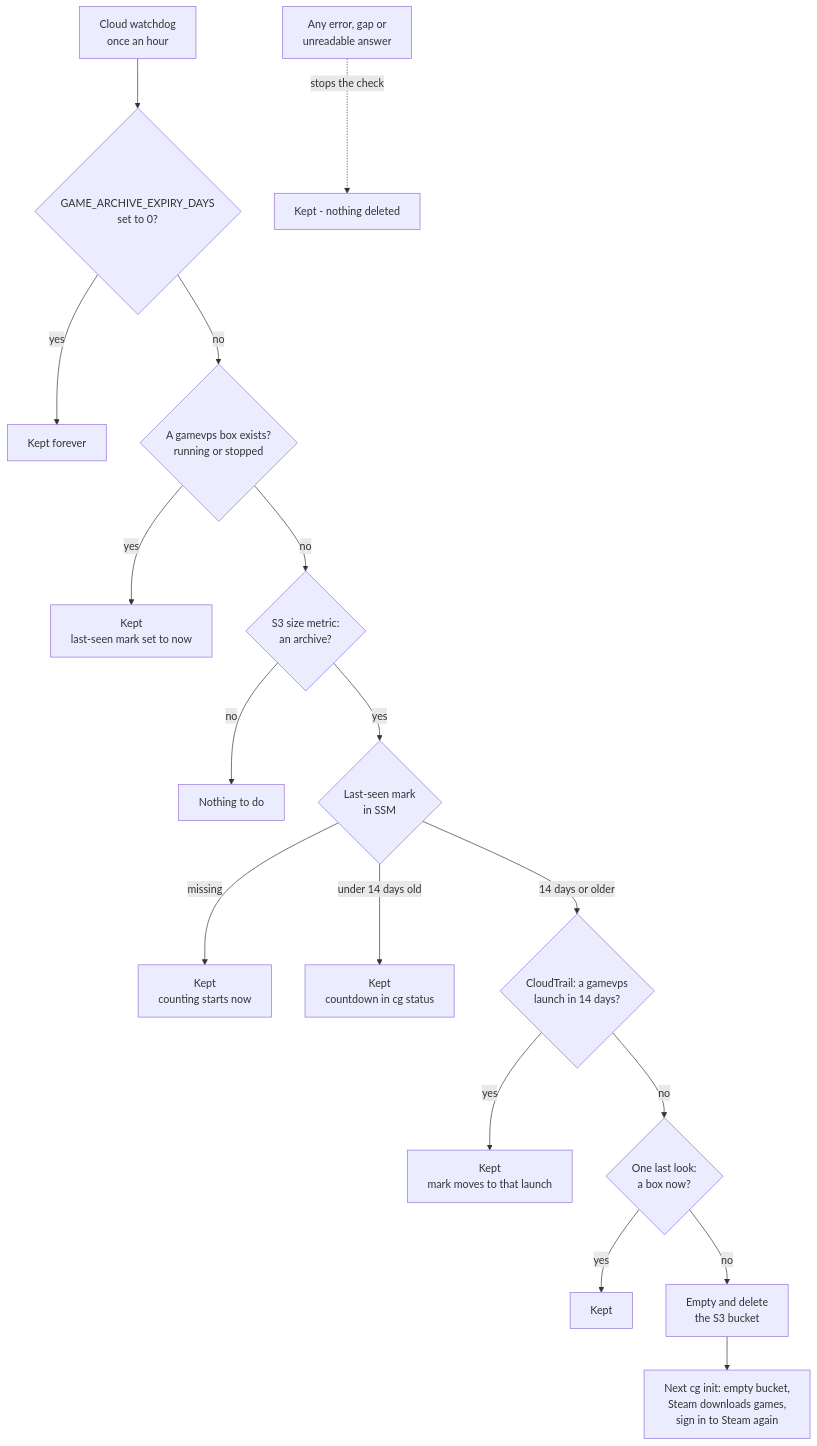
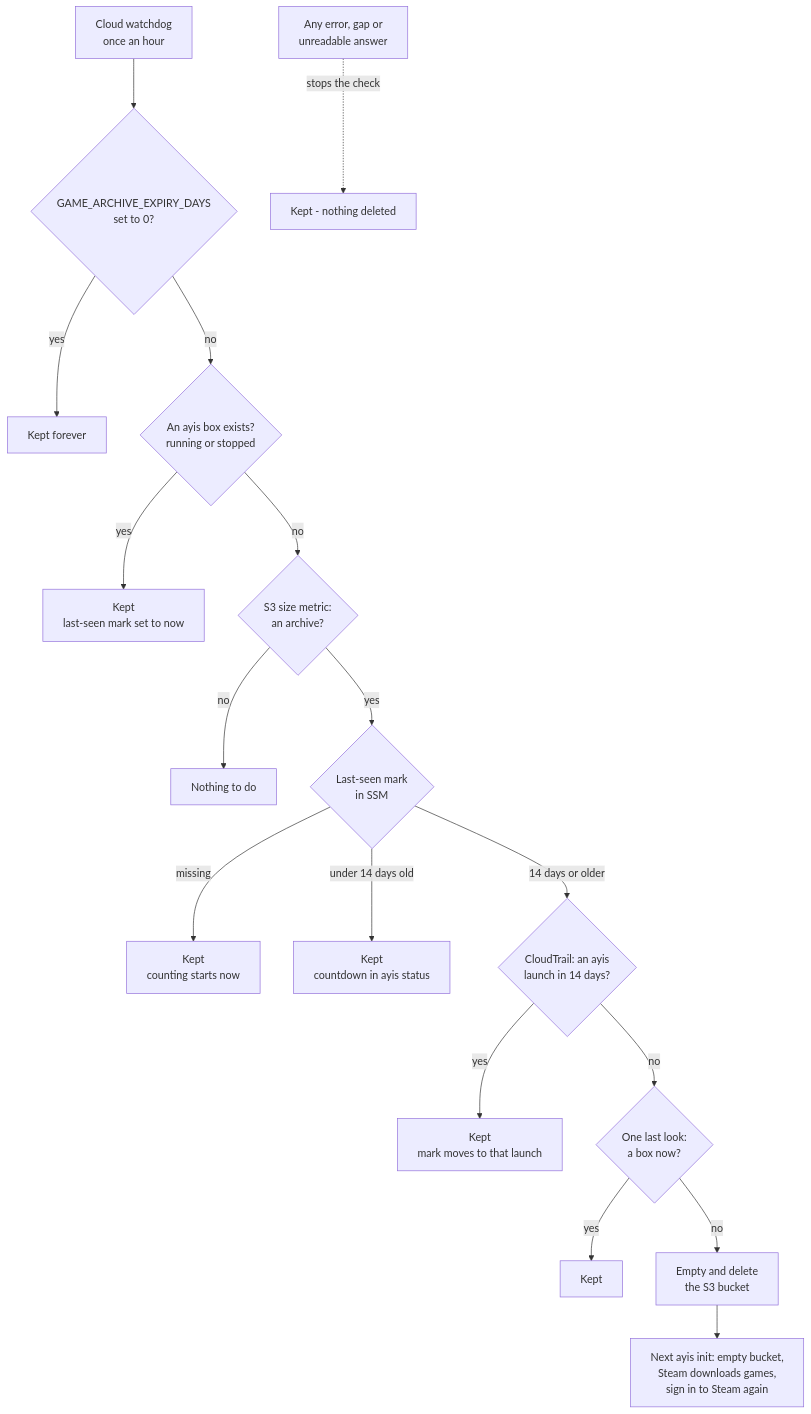
The eighth of 9 diagrams in docs/architecture.md (jebin2/aws_cloud_gaming), drawn with Mermaid before and after one commit. The commit also changed other lines of this file and 334 other files, not shown here.

````diff
--- a/docs/architecture.md
+++ b/docs/architecture.md
@@ -287,20 +287,20 @@
 ```mermaid
 flowchart TB
   tick["Cloud watchdog<br/>once an hour"] --> off{"GAME_ARCHIVE_EXPIRY_DAYS<br/>set to 0?"}
   off -->|yes| forever["Kept forever"]
-  off -->|no| box{"A gamevps box exists?<br/>running or stopped"}
+  off -->|no| box{"An ayis box exists?<br/>running or stopped"}
   box -->|yes| stamp["Kept<br/>last-seen mark set to now"]
   box -->|no| bucket{"S3 size metric:<br/>an archive?"}
   bucket -->|no| none["Nothing to do"]
   bucket -->|yes| mark{"Last-seen mark<br/>in SSM"}
   mark -->|missing| start["Kept<br/>counting starts now"]
-  mark -->|under 14 days old| count["Kept<br/>countdown in cg status"]
-  mark -->|14 days or older| trail{"CloudTrail: a gamevps<br/>launch in 14 days?"}
+  mark -->|under 14 days old| count["Kept<br/>countdown in ayis status"]
+  mark -->|14 days or older| trail{"CloudTrail: an ayis<br/>launch in 14 days?"}
   trail -->|yes| moved["Kept<br/>mark moves to that launch"]
   trail -->|no| again{"One last look:<br/>a box now?"}
   again -->|yes| kept["Kept"]
   again -->|no| del["Empty and delete<br/>the S3 bucket"]
-  del --> next["Next cg init: empty bucket,<br/>Steam downloads games,<br/>sign in to Steam again"]
+  del --> next["Next ayis init: empty bucket,<br/>Steam downloads games,<br/>sign in to Steam again"]
 
   err["Any error, gap or<br/>unreadable answer"] -.->|"stops the check"| safe["Kept - nothing deleted"]
 ```
````
